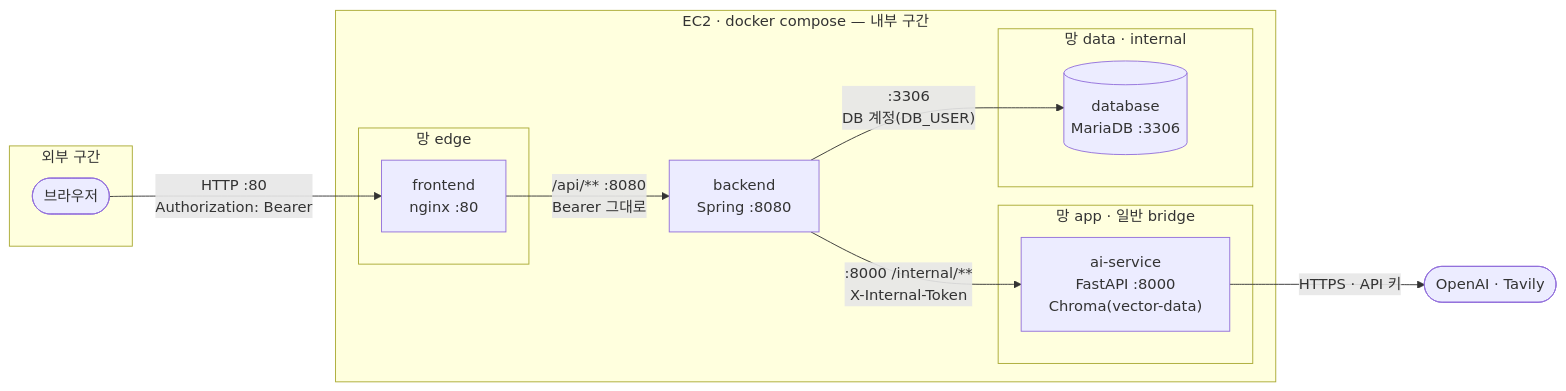
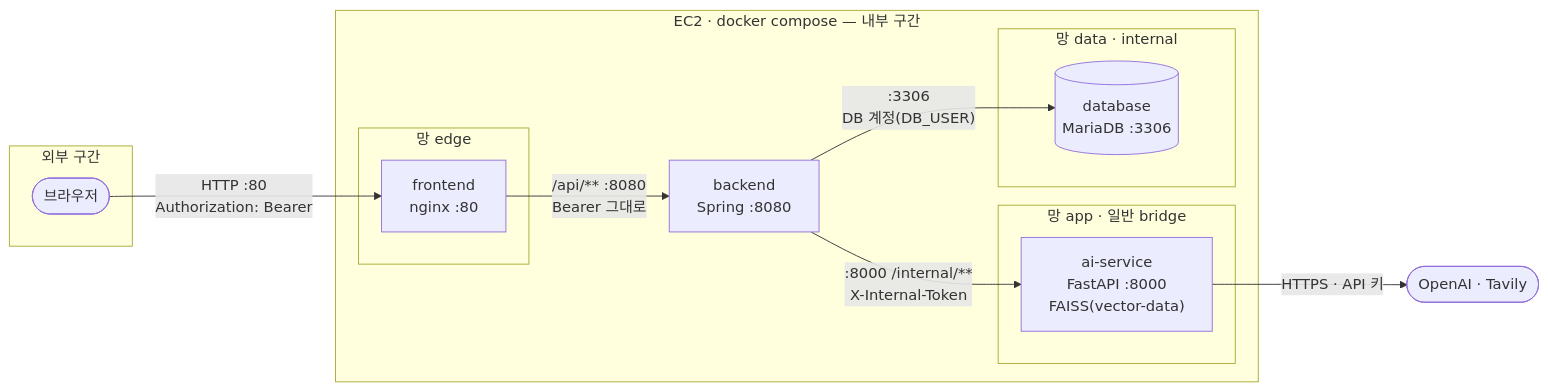
The first of 2 diagrams in docs/2-시스템아키텍처설계서.md (SkshieldusRookies06-03/Gap_RookiesProject), drawn with Mermaid before and after one commit. The commit also changed other lines of this file and 47 other files, not shown here.

````diff
--- a/docs/2-시스템아키텍처설계서.md
+++ b/docs/2-시스템아키텍처설계서.md
@@ -21,25 +21,25 @@
 ```mermaid
 flowchart LR
   user([브라우저])
   subgraph EXT[외부 구간]
     user
   end
   subgraph EC2[EC2 · docker compose — 내부 구간]
     subgraph edge[망 edge]
       fe["frontend<br/>nginx :80"]
     end
     be["backend<br/>Spring :8080"]
     subgraph app[망 app · 일반 bridge]
-      ai["ai-service<br/>FastAPI :8000<br/>Chroma(vector-data)"]
+      ai["ai-service<br/>FastAPI :8000<br/>FAISS(vector-data)"]
     end
     subgraph data[망 data · internal]
       db[("database<br/>MariaDB :3306")]
     end
   end
   llm([OpenAI · Tavily])
   user -- "HTTP :80<br/>Authorization: Bearer" --> fe
   fe -- "/api/** :8080<br/>Bearer 그대로" --> be
   be -- ":8000 /internal/**<br/>X-Internal-Token" --> ai
   be -- ":3306<br/>DB 계정(DB_USER)" --> db
   ai -- "HTTPS · API 키" --> llm
 ```
````
